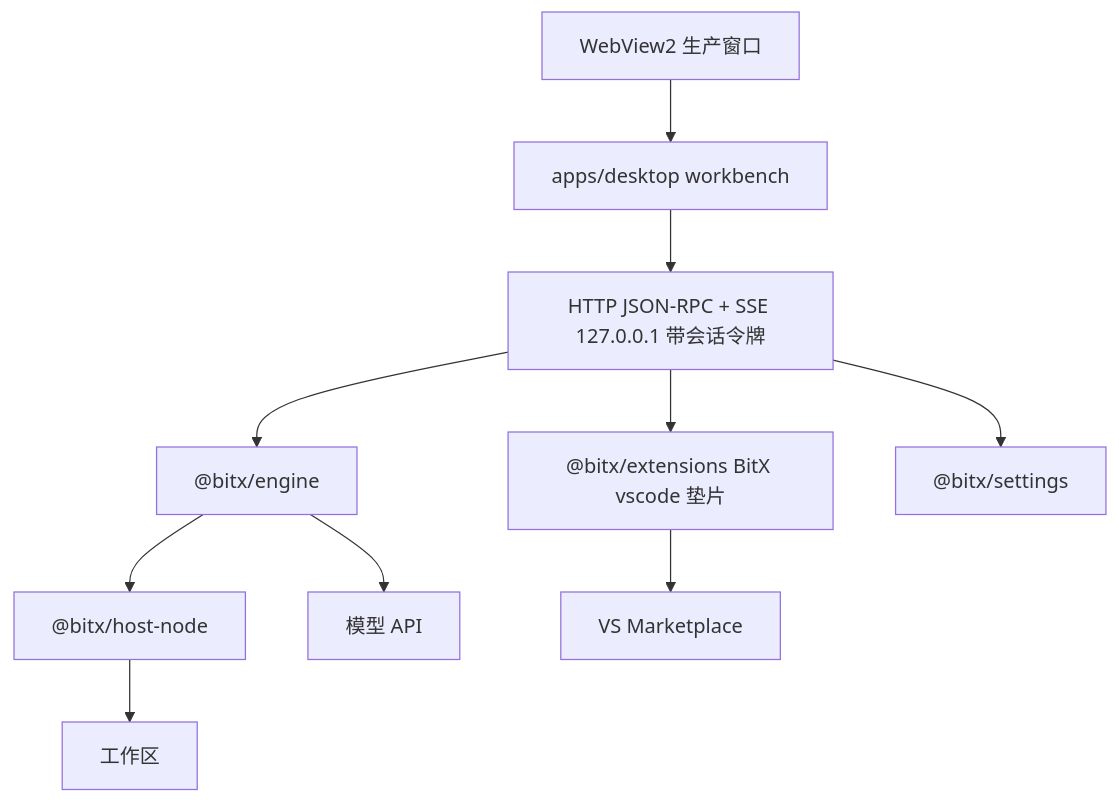
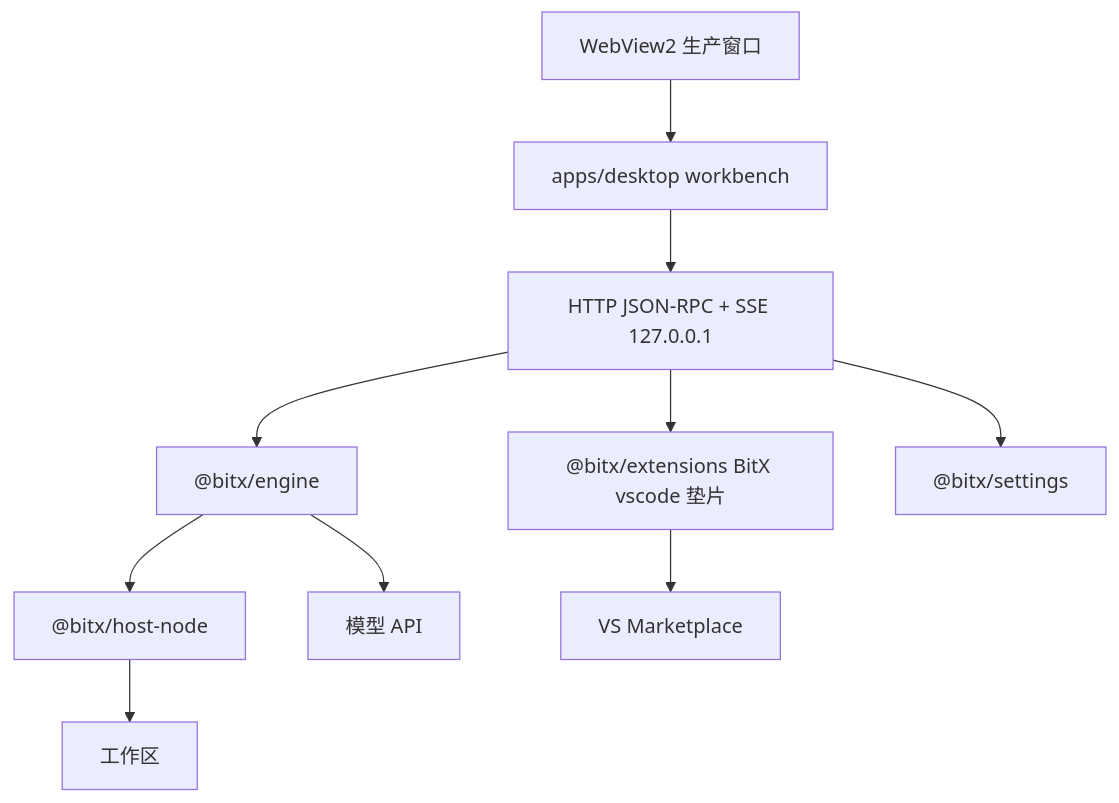
One commit to usabulusijock-create/bitx changed the diagram in docs/02-ARCHITECTURE.md. Above: the diagram before and after it, drawn with Mermaid. The commit also changed other lines of this file and 9 other files, not shown here.

````diff
--- a/docs/02-ARCHITECTURE.md
+++ b/docs/02-ARCHITECTURE.md
@@ -3,19 +3,19 @@
 ```mermaid
 flowchart TB
   WV[WebView2 生产窗口]
   WB[apps/desktop workbench]
-  RPC["HTTP JSON-RPC + SSE 127.0.0.1 带会话令牌"]
+  RPC["HTTP JSON-RPC + SSE 127.0.0.1"]
   ORCH["@bitx/engine"]
   HOST["@bitx/host-node"]
   EXT["@bitx/extensions BitX vscode 垫片"]
   SET["@bitx/settings"]
   GAL[VS Marketplace]
   LLM[模型 API]
   WS[工作区]
   WV --> WB --> RPC
   RPC --> ORCH
   ORCH --> HOST --> WS
   ORCH --> LLM
   RPC --> EXT --> GAL
   RPC --> SET
 ```
````
